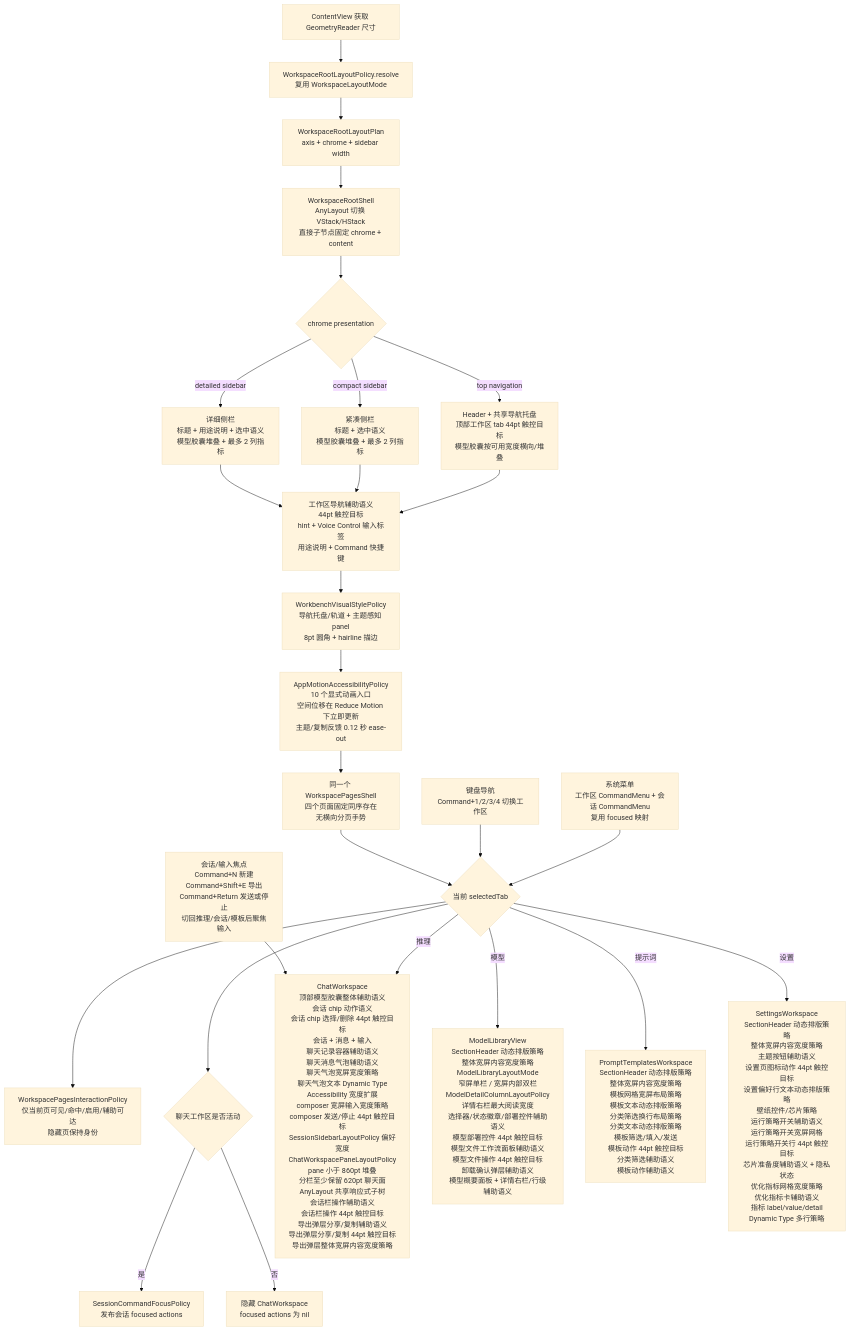
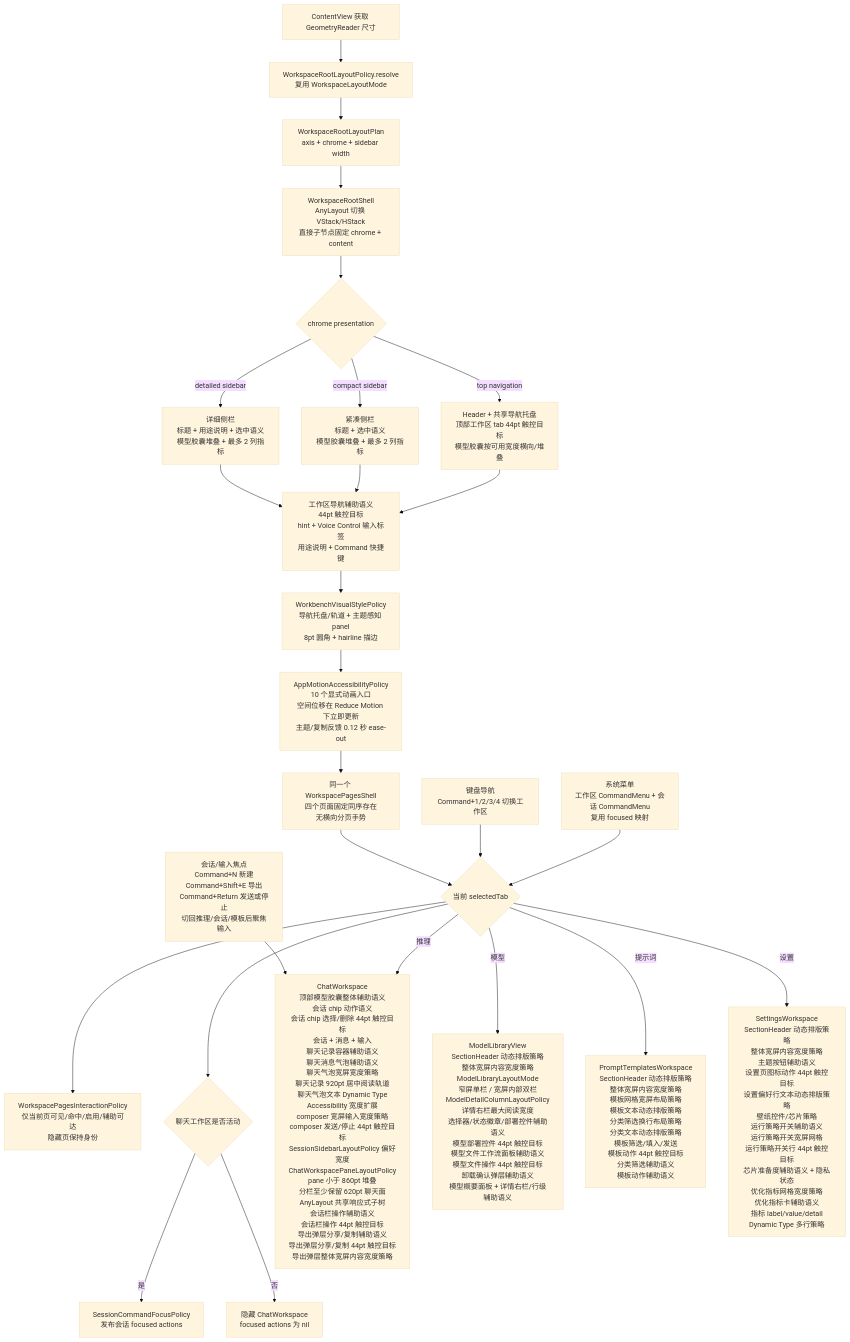
Before and after one commit to Altman-sam114/113: the fifth of 10 diagrams in md/flow/flowchart.md, drawn with Mermaid (base theme). The commit also changed 8 other files, not shown here.

````diff
--- a/md/flow/flowchart.md
+++ b/md/flow/flowchart.md
@@ -94,28 +94,28 @@
 ```mermaid
 flowchart TD
     A[ContentView 获取 GeometryReader 尺寸] --> B[WorkspaceRootLayoutPolicy.resolve<br/>复用 WorkspaceLayoutMode]
     B --> C[WorkspaceRootLayoutPlan<br/>axis + chrome + sidebar width]
     C --> D[WorkspaceRootShell<br/>AnyLayout 切换 VStack/HStack<br/>直接子节点固定 chrome + content]
     D --> E{chrome presentation}
     E -- top navigation --> N[Header + 共享导航托盘<br/>顶部工作区 tab 44pt 触控目标<br/>模型胶囊按可用宽度横向/堆叠]
     E -- detailed sidebar --> O[详细侧栏<br/>标题 + 用途说明 + 选中语义<br/>模型胶囊堆叠 + 最多 2 列指标]
     E -- compact sidebar --> P[紧凑侧栏<br/>标题 + 选中语义<br/>模型胶囊堆叠 + 最多 2 列指标]
     O --> X[工作区导航辅助语义<br/>44pt 触控目标<br/>hint + Voice Control 输入标签<br/>用途说明 + Command 快捷键]
     P --> X
     X --> V[WorkbenchVisualStylePolicy<br/>导航托盘/轨道 + 主题感知 panel<br/>8pt 圆角 + hairline 描边]
     V --> R[AppMotionAccessibilityPolicy<br/>10 个显式动画入口<br/>空间位移在 Reduce Motion 下立即更新<br/>主题/复制反馈 0.12 秒 ease-out]
     R --> T[同一个 WorkspacePagesShell<br/>四个页面固定同序存在<br/>无横向分页手势]
     N --> X
     T --> F{当前 selectedTab}
     F --> Y[WorkspacePagesInteractionPolicy<br/>仅当前页可见/命中/启用/辅助可达<br/>隐藏页保持身份]
     K[键盘导航<br/>Command+1/2/3/4 切换工作区] --> F
     M[系统菜单<br/>工作区 CommandMenu + 会话 CommandMenu<br/>复用 focused 映射] --> F
     F --> Q{聊天工作区是否活动}
     Q -- 是 --> S[SessionCommandFocusPolicy<br/>发布会话 focused actions]
     Q -- 否 --> U[隐藏 ChatWorkspace<br/>focused actions 为 nil]
     L[会话/输入焦点<br/>Command+N 新建<br/>Command+Shift+E 导出<br/>Command+Return 发送或停止<br/>切回推理/会话/模板后聚焦输入] --> G
-    F -- 推理 --> G[ChatWorkspace<br/>顶部模型胶囊整体辅助语义<br/>会话 chip 动作语义<br/>会话 chip 选择/删除 44pt 触控目标<br/>会话 + 消息 + 输入<br/>聊天记录容器辅助语义<br/>聊天消息气泡辅助语义<br/>聊天气泡宽屏宽度策略<br/>聊天气泡文本 Dynamic Type<br/>Accessibility 宽度扩展<br/>composer 宽屏输入宽度策略<br/>composer 发送/停止 44pt 触控目标<br/>SessionSidebarLayoutPolicy 偏好宽度<br/>ChatWorkspacePaneLayoutPolicy<br/>pane 小于 860pt 堆叠<br/>分栏至少保留 620pt 聊天面<br/>AnyLayout 共享响应式子树<br/>会话栏操作辅助语义<br/>会话栏操作 44pt 触控目标<br/>导出弹层分享/复制辅助语义<br/>导出弹层分享/复制 44pt 触控目标<br/>导出弹层整体宽屏内容宽度策略]
+    F -- 推理 --> G[ChatWorkspace<br/>顶部模型胶囊整体辅助语义<br/>会话 chip 动作语义<br/>会话 chip 选择/删除 44pt 触控目标<br/>会话 + 消息 + 输入<br/>聊天记录容器辅助语义<br/>聊天消息气泡辅助语义<br/>聊天气泡宽屏宽度策略<br/>聊天记录 920pt 居中阅读轨道<br/>聊天气泡文本 Dynamic Type<br/>Accessibility 宽度扩展<br/>composer 宽屏输入宽度策略<br/>composer 发送/停止 44pt 触控目标<br/>SessionSidebarLayoutPolicy 偏好宽度<br/>ChatWorkspacePaneLayoutPolicy<br/>pane 小于 860pt 堆叠<br/>分栏至少保留 620pt 聊天面<br/>AnyLayout 共享响应式子树<br/>会话栏操作辅助语义<br/>会话栏操作 44pt 触控目标<br/>导出弹层分享/复制辅助语义<br/>导出弹层分享/复制 44pt 触控目标<br/>导出弹层整体宽屏内容宽度策略]
     F -- 模型 --> H[ModelLibraryView<br/>SectionHeader 动态排版策略<br/>整体宽屏内容宽度策略<br/>ModelLibraryLayoutMode<br/>窄屏单栏 / 宽屏内部双栏<br/>ModelDetailColumnLayoutPolicy<br/>详情右栏最大阅读宽度<br/>选择器/状态徽章/部署控件辅助语义<br/>模型部署控件 44pt 触控目标<br/>模型文件工作流面板辅助语义<br/>模型文件操作 44pt 触控目标<br/>卸载确认弹层辅助语义<br/>模型概要面板 + 详情右栏/行级辅助语义]
     F -- 提示词 --> I[PromptTemplatesWorkspace<br/>SectionHeader 动态排版策略<br/>整体宽屏内容宽度策略<br/>模板网格宽屏布局策略<br/>模板文本动态排版策略<br/>分类筛选换行布局策略<br/>分类文本动态排版策略<br/>模板筛选/填入/发送<br/>模板动作 44pt 触控目标<br/>分类筛选辅助语义<br/>模板动作辅助语义]
     F -- 设置 --> J[SettingsWorkspace<br/>SectionHeader 动态排版策略<br/>整体宽屏内容宽度策略<br/>主题按钮辅助语义<br/>设置页图标动作 44pt 触控目标<br/>设置偏好行文本动态排版策略<br/>壁纸控件/芯片策略<br/>运行策略开关辅助语义<br/>运行策略开关宽屏网格<br/>运行策略开关行 44pt 触控目标<br/>芯片准备度辅助语义 + 隐私状态<br/>优化指标网格宽度策略<br/>优化指标卡辅助语义<br/>指标 label/value/detail<br/>Dynamic Type 多行策略]
 ```
````
